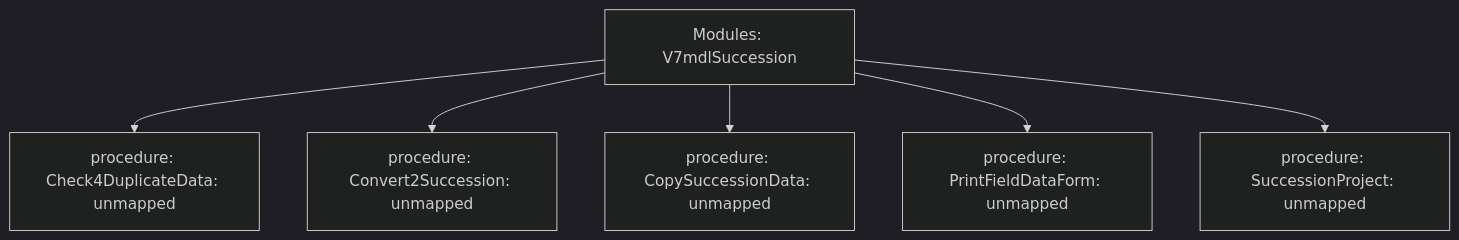
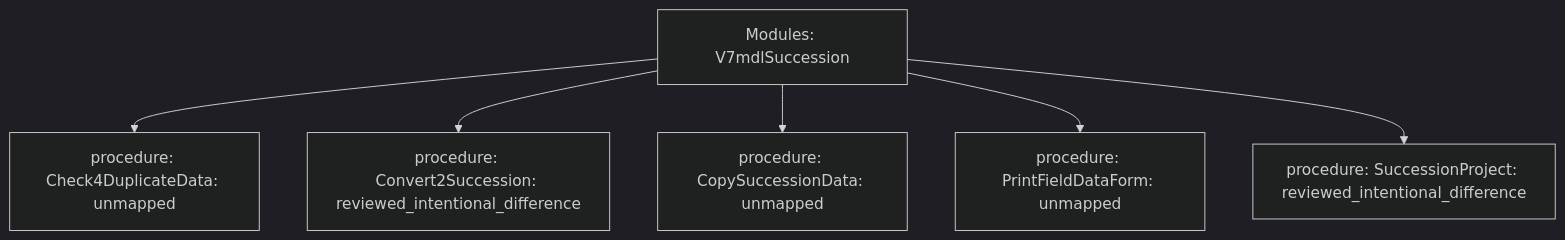
The diagram in data-raw/parity/generated/trees/modules-v7mdlsuccession.mmd (Boostao/vpro), drawn with Mermaid (dark theme) before and after one commit. The commit also changed 30 other files, not shown here.

```diff
--- a/data-raw/parity/generated/trees/modules-v7mdlsuccession.mmd
+++ b/data-raw/parity/generated/trees/modules-v7mdlsuccession.mmd
@@ -1,7 +1,7 @@
 flowchart TD
   root[Modules: V7mdlSuccession]
   root --> n1[procedure: Check4DuplicateData: unmapped]
-  root --> n2[procedure: Convert2Succession: unmapped]
+  root --> n2[procedure: Convert2Succession: reviewed_intentional_difference]
   root --> n3[procedure: CopySuccessionData: unmapped]
   root --> n4[procedure: PrintFieldDataForm: unmapped]
-  root --> n5[procedure: SuccessionProject: unmapped]
+  root --> n5[procedure: SuccessionProject: reviewed_intentional_difference]
```
